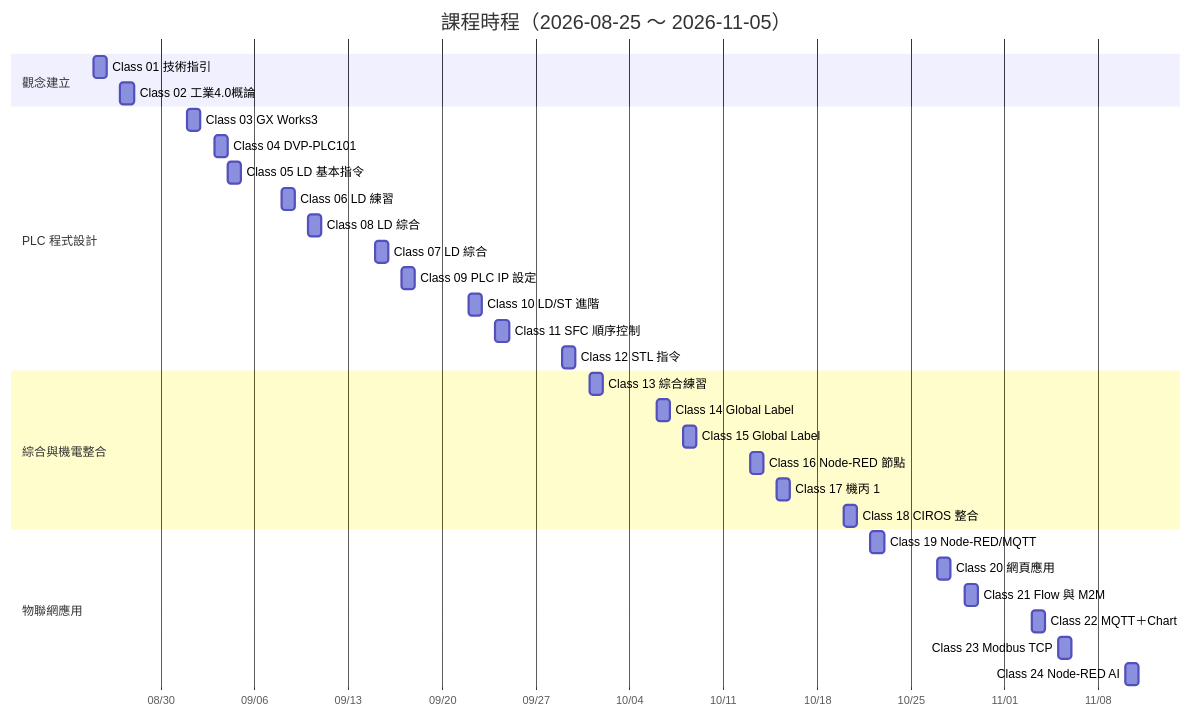
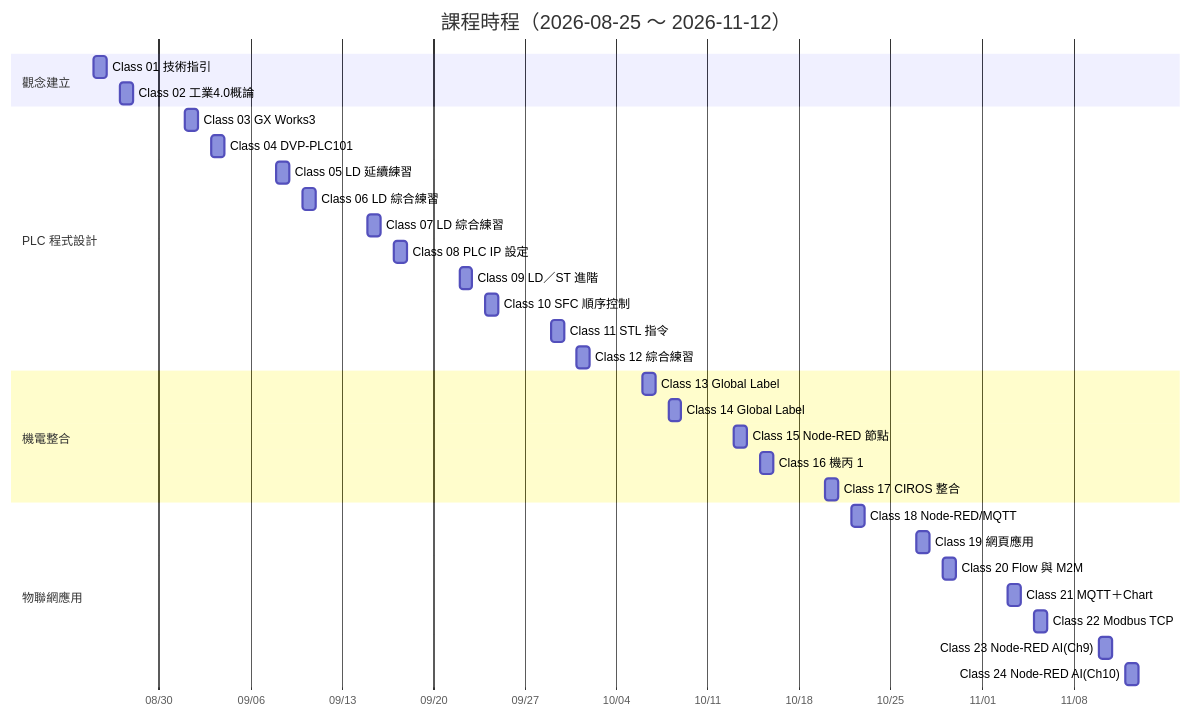
One commit to yd7148/INDUSTRY-4.0 changed the second of 3 diagrams in docs/COURSE-MAP.md. Above: the diagram before and after it, drawn with Mermaid. The commit also changed other lines of this file and 447 other files, not shown here.

````diff
--- a/docs/COURSE-MAP.md
+++ b/docs/COURSE-MAP.md
@@ -64,34 +65,34 @@
 ```mermaid
 gantt
-    title 課程時程（2026-08-25 ～ 2026-11-05）
+    title 課程時程（2026-08-25 ～ 2026-11-12）
     dateFormat YYYY-MM-DD
     axisFormat %m/%d
     section 觀念建立
     Class 01 技術指引        :c01, 2026-08-25, 1d
     Class 02 工業4.0概論      :c02, 2026-08-27, 1d
     section PLC 程式設計
     Class 03 GX Works3       :c03, 2026-09-01, 1d
     Class 04 DVP-PLC101      :c04, 2026-09-03, 1d
-    Class 05 LD 基本指令      :c05, 2026-09-04, 1d
-    Class 06 LD 練習          :c06, 2026-09-08, 1d
-    Class 08 LD 綜合          :c08, 2026-09-10, 1d
-    Class 07 LD 綜合          :c07, 2026-09-15, 1d
-    Class 09 PLC IP 設定      :c09, 2026-09-17, 1d
-    Class 10 LD/ST 進階       :c10, 2026-09-22, 1d
-    Class 11 SFC 順序控制     :c11, 2026-09-24, 1d
-    Class 12 STL 指令         :c12, 2026-09-29, 1d
-    section 綜合與機電整合
-    Class 13 綜合練習         :c13, 2026-10-01, 1d
-    Class 14 Global Label    :c14, 2026-10-06, 1d
-    Class 15 Global Label    :c15, 2026-10-08, 1d
-    Class 16 Node-RED 節點    :c16, 2026-10-13, 1d
-    Class 17 機丙 1           :c17, 2026-10-15, 1d
-    Class 18 CIROS 整合       :c18, 2026-10-20, 1d
+    Class 05 LD 延續練習      :c05, 2026-09-08, 1d
+    Class 06 LD 綜合練習      :c06, 2026-09-10, 1d
+    Class 07 LD 綜合練習      :c07, 2026-09-15, 1d
+    Class 08 PLC IP 設定      :c08, 2026-09-17, 1d
+    Class 09 LD／ST 進階      :c09, 2026-09-22, 1d
+    Class 10 SFC 順序控制     :c10, 2026-09-24, 1d
+    Class 11 STL 指令         :c11, 2026-09-29, 1d
+    Class 12 綜合練習         :c12, 2026-10-01, 1d
+    section 機電整合
+    Class 13 Global Label    :c13, 2026-10-06, 1d
+    Class 14 Global Label    :c14, 2026-10-08, 1d
+    Class 15 Node-RED 節點    :c15, 2026-10-13, 1d
+    Class 16 機丙 1           :c16, 2026-10-15, 1d
+    Class 17 CIROS 整合       :c17, 2026-10-20, 1d
     section 物聯網應用
-    Class 19 Node-RED/MQTT   :c19, 2026-10-22, 1d
-    Class 20 網頁應用         :c20, 2026-10-27, 1d
-    Class 21 Flow 與 M2M      :c21, 2026-10-29, 1d
-    Class 22 MQTT＋Chart     :c22, 2026-11-03, 1d
-    Class 23 Modbus TCP      :c23, 2026-11-05, 1d
-    Class 24 Node-RED AI     :c24, 2026-11-10, 1d
+    Class 18 Node-RED/MQTT   :c18, 2026-10-22, 1d
+    Class 19 網頁應用         :c19, 2026-10-27, 1d
+    Class 20 Flow 與 M2M      :c20, 2026-10-29, 1d
+    Class 21 MQTT＋Chart     :c21, 2026-11-03, 1d
+    Class 22 Modbus TCP      :c22, 2026-11-05, 1d
+    Class 23 Node-RED AI(Ch9) :c23, 2026-11-10, 1d
+    Class 24 Node-RED AI(Ch10):c24, 2026-11-12, 1d
 ```
````
